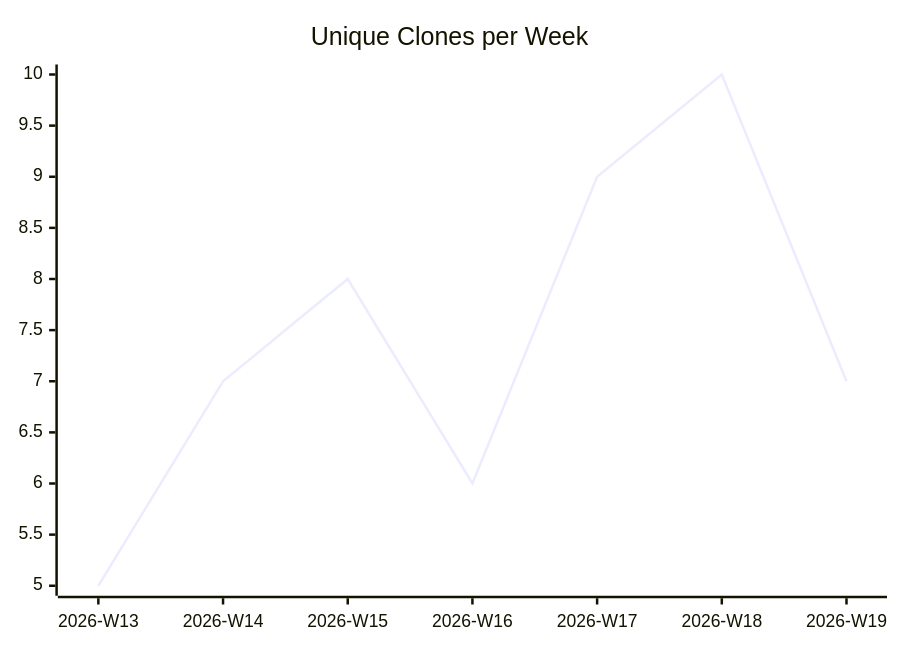
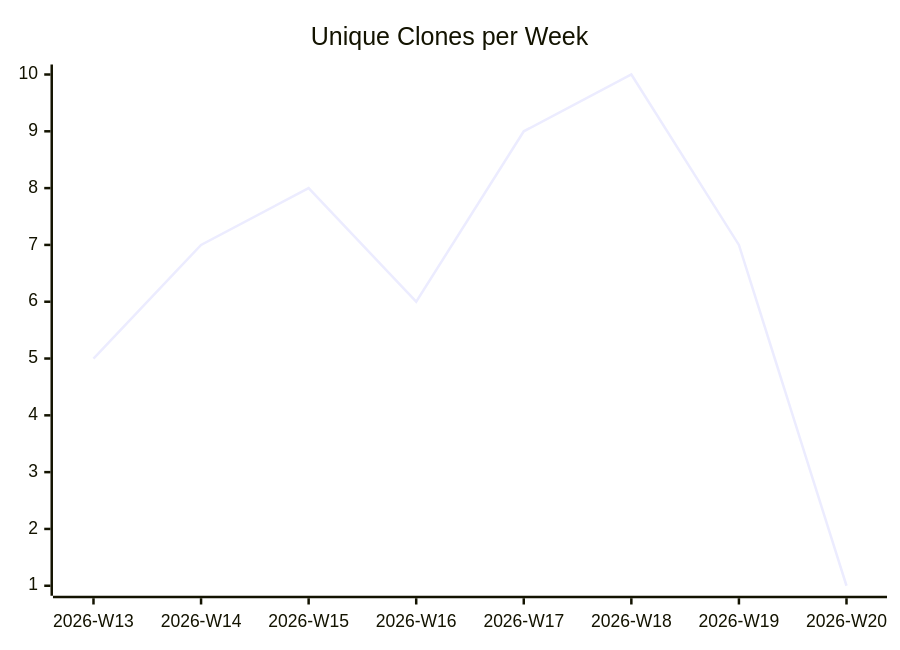
Before and after one commit to justdavis-family/github-analytics-data: the third of 3 diagrams in karlmdavis/ansible-role-jenkins2/README.md, drawn with Mermaid. The commit also changed other lines of this file and 176 other files, not shown here.

````diff
--- a/karlmdavis/ansible-role-jenkins2/README.md
+++ b/karlmdavis/ansible-role-jenkins2/README.md
@@ -19,6 +19,6 @@
 ```mermaid
 xychart-beta
   title "Unique Clones per Week"
-  x-axis ["2026-W13", "2026-W14", "2026-W15", "2026-W16", "2026-W17", "2026-W18", "2026-W19"]
-  line [5, 7, 8, 6, 9, 10, 7]
+  x-axis ["2026-W13", "2026-W14", "2026-W15", "2026-W16", "2026-W17", "2026-W18", "2026-W19", "2026-W20"]
+  line [5, 7, 8, 6, 9, 10, 7, 1]
 ```
````
